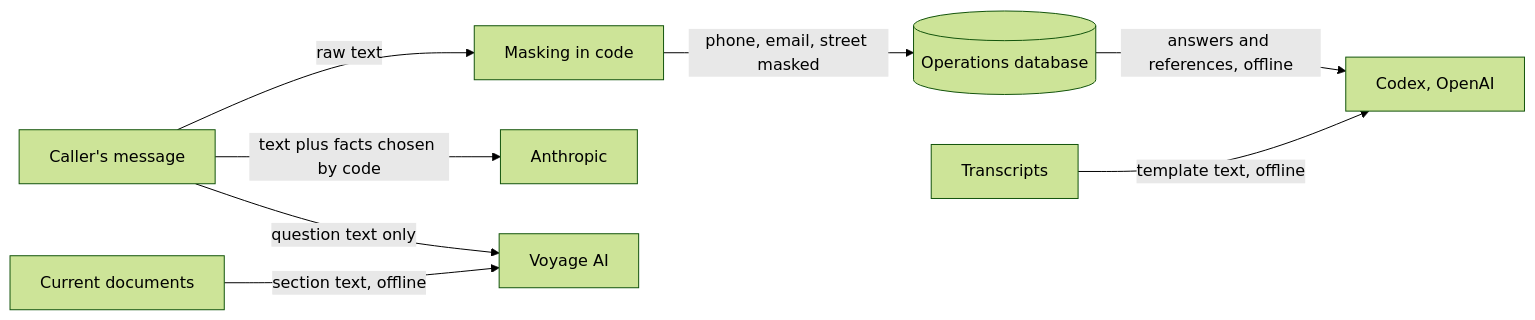
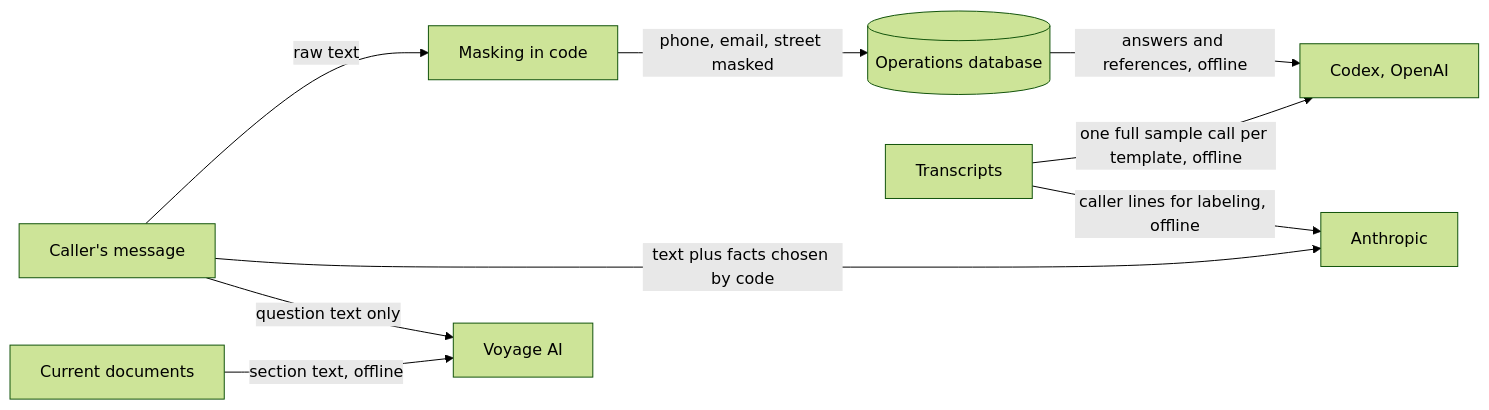
Before and after one commit to lucycchi/AI_Call_Center_Agent: diagram 18 of 21 in docs/ARCHITECTURE.md, drawn with Mermaid (forest theme). The commit also changed other lines of this file and 26 other files, not shown here.

````diff
--- a/docs/ARCHITECTURE.md
+++ b/docs/ARCHITECTURE.md
@@ -607,10 +610,11 @@
 ```mermaid
 flowchart LR
     CALLER["Caller's message"] -->|"raw text"| MASK["Masking in code"]
     MASK -->|"phone, email, street masked"| LOG[("Operations database")]
     CALLER -->|"text plus facts chosen by code"| ANT["Anthropic"]
     CALLER -->|"question text only"| VOY["Voyage AI"]
     LOG -->|"answers and references, offline"| CDX["Codex, OpenAI"]
-    TR["Transcripts"] -->|"template text, offline"| CDX
+    TR["Transcripts"] -->|"one full sample call per template, offline"| CDX
+    TR -->|"caller lines for labeling, offline"| ANT
     KB["Current documents"] -->|"section text, offline"| VOY
 ```
````
